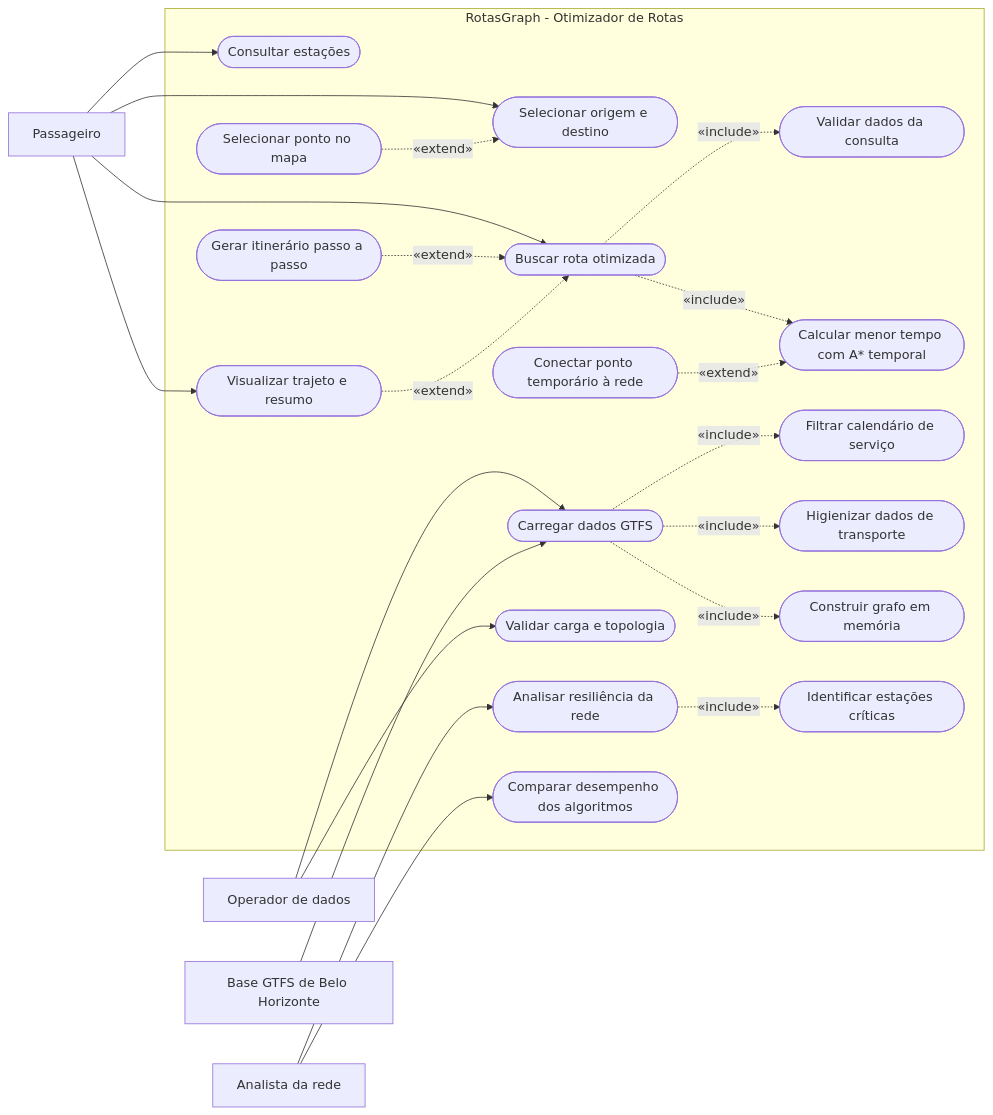
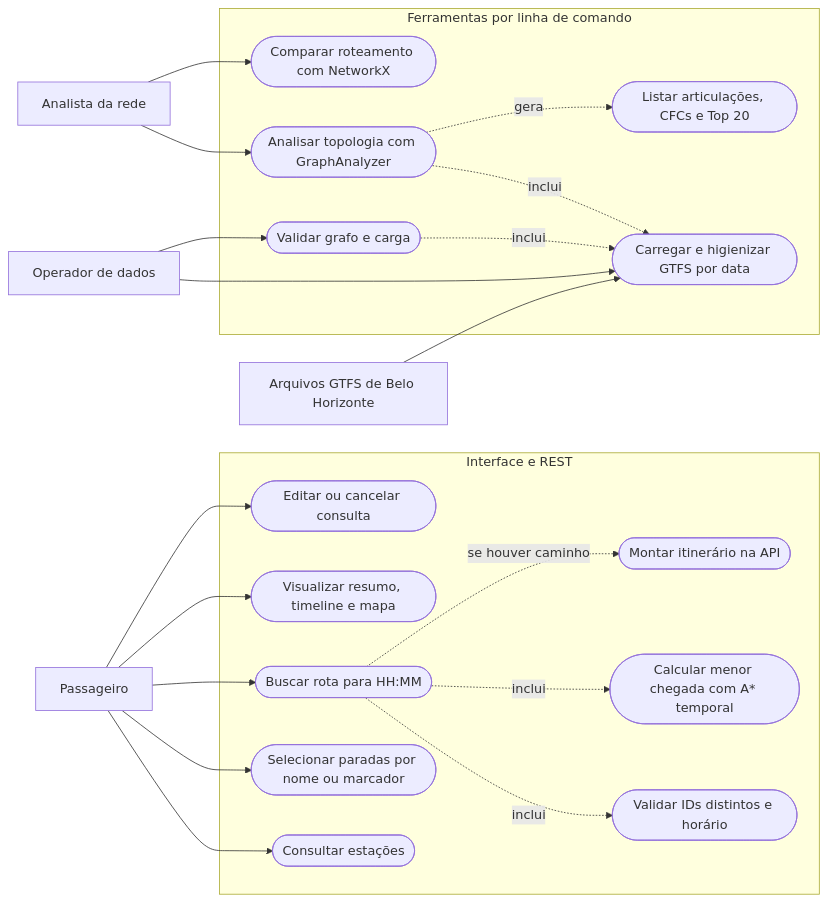
One commit to Luizfmaia10-dev/TP-Grafos changed the diagram in Artefatos/Diagramas/diagrama-casos-de-uso.md. Above: the diagram before and after it, drawn with Mermaid. The commit also changed other lines of this file and 39 other files, not shown here.

Commit message:
docs(arquitetura): atualize diagramas e contratos do sistema

````diff
--- a/Artefatos/Diagramas/diagrama-casos-de-uso.md
+++ b/Artefatos/Diagramas/diagrama-casos-de-uso.md
@@ -10,52 +5,40 @@
 ```mermaid
 flowchart LR
     Passenger[Passageiro]
-    DataOperator[Operador de dados]
-    NetworkAnalyst[Analista da rede]
-    GTFS[Base GTFS de Belo Horizonte]
-
-    subgraph System[RotasGraph - Otimizador de Rotas]
-        ListStations([Consultar estações])
-        SelectPoints([Selecionar origem e destino])
-        SelectMapPoint([Selecionar ponto no mapa])
-        SearchRoute([Buscar rota otimizada])
-        ValidateRequest([Validar dados da consulta])
-        SnapToNetwork([Conectar ponto temporário à rede])
-        CalculateRoute([Calcular menor tempo com A* temporal])
-        BuildItinerary([Gerar itinerário passo a passo])
-        ViewRoute([Visualizar trajeto e resumo])
-
-        LoadGTFS([Carregar dados GTFS])
-        FilterCalendar([Filtrar calendário de serviço])
-        SanitizeData([Higienizar dados de transporte])
-        BuildGraph([Construir grafo em memória])
-        ValidateGraph([Validar carga e topologia])
-
-        AnalyzeNetwork([Analisar resiliência da rede])
-        FindCriticalStations([Identificar estações críticas])
-        BenchmarkRouting([Comparar desempenho dos algoritmos])
+    Operator[Operador de dados]
+    Analyst[Analista da rede]
+    GTFS[Arquivos GTFS de Belo Horizonte]
+    subgraph Public[Interface e REST]
+        Stations([Consultar estações])
+        Selection([Selecionar paradas por nome ou marcador])
+        Search([Buscar rota para HH:MM])
+        Validate([Validar IDs distintos e horário])
+        Calculate([Calcular menor chegada com A* temporal])
+        Itinerary([Montar itinerário na API])
+        View([Visualizar resumo, timeline e mapa])
+        Edit([Editar ou cancelar consulta])
     end
-
-    Passenger --> ListStations
-    Passenger --> SelectPoints
-    Passenger --> SearchRoute
-    Passenger --> ViewRoute
-
-    SelectMapPoint -.->|«extend»| SelectPoints
-    SearchRoute -.->|«include»| ValidateRequest
-    SearchRoute -.->|«include»| CalculateRoute
-    SnapToNetwork -.->|«extend»| CalculateRoute
-    BuildItinerary -.->|«extend»| SearchRoute
-    ViewRoute -.->|«extend»| SearchRoute
-
-    DataOperator --> LoadGTFS
-    DataOperator --> ValidateGraph
-    GTFS --> LoadGTFS
-    LoadGTFS -.->|«include»| FilterCalendar
-    LoadGTFS -.->|«include»| SanitizeData
-    LoadGTFS -.->|«include»| BuildGraph
-
-    NetworkAnalyst --> AnalyzeNetwork
-    NetworkAnalyst --> BenchmarkRouting
-    AnalyzeNetwork -.->|«include»| FindCriticalStations
+    subgraph CLI[Ferramentas por linha de comando]
+        Load([Carregar e higienizar GTFS por data])
+        Check([Validar grafo e carga])
+        Analyze([Analisar topologia com GraphAnalyzer])
+        Critical([Listar articulações, CFCs e Top 20])
+        Benchmark([Comparar roteamento com NetworkX])
+    end
+    Passenger --> Stations
+    Passenger --> Selection
+    Passenger --> Search
+    Passenger --> View
+    Passenger --> Edit
+    Search -.->|inclui| Validate
+    Search -.->|inclui| Calculate
+    Search -.->|se houver caminho| Itinerary
+    Operator --> Load
+    Operator --> Check
+    GTFS --> Load
+    Check -.->|inclui| Load
+    Analyst --> Analyze
+    Analyst --> Benchmark
+    Analyze -.->|inclui| Load
+    Analyze -.->|gera| Critical
 ```
````
